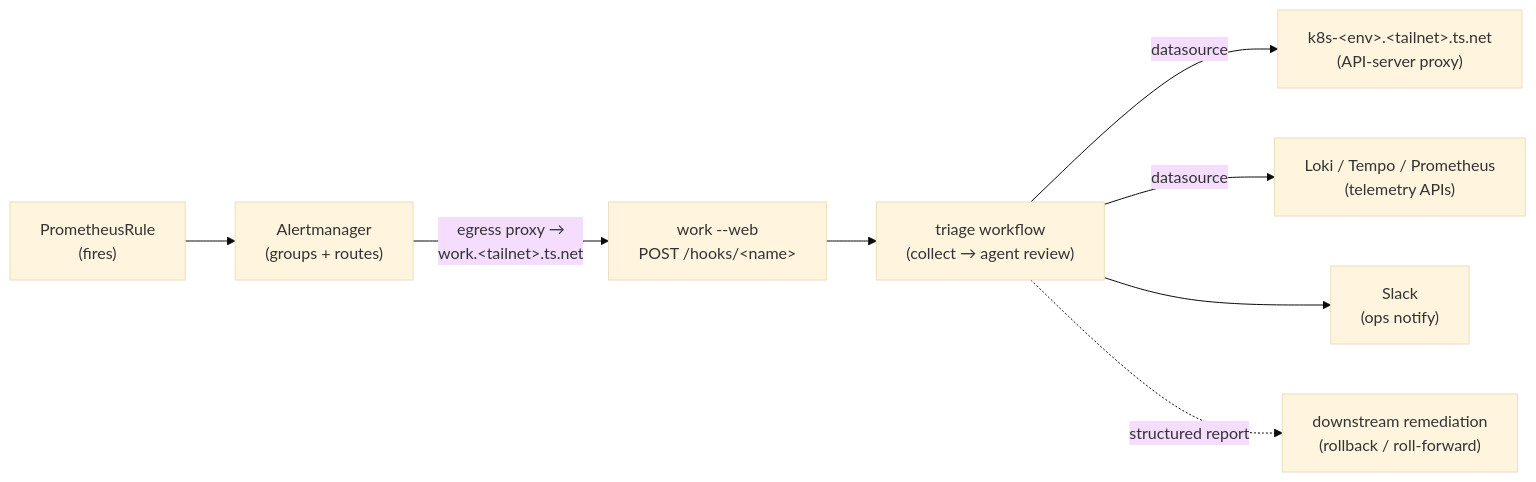
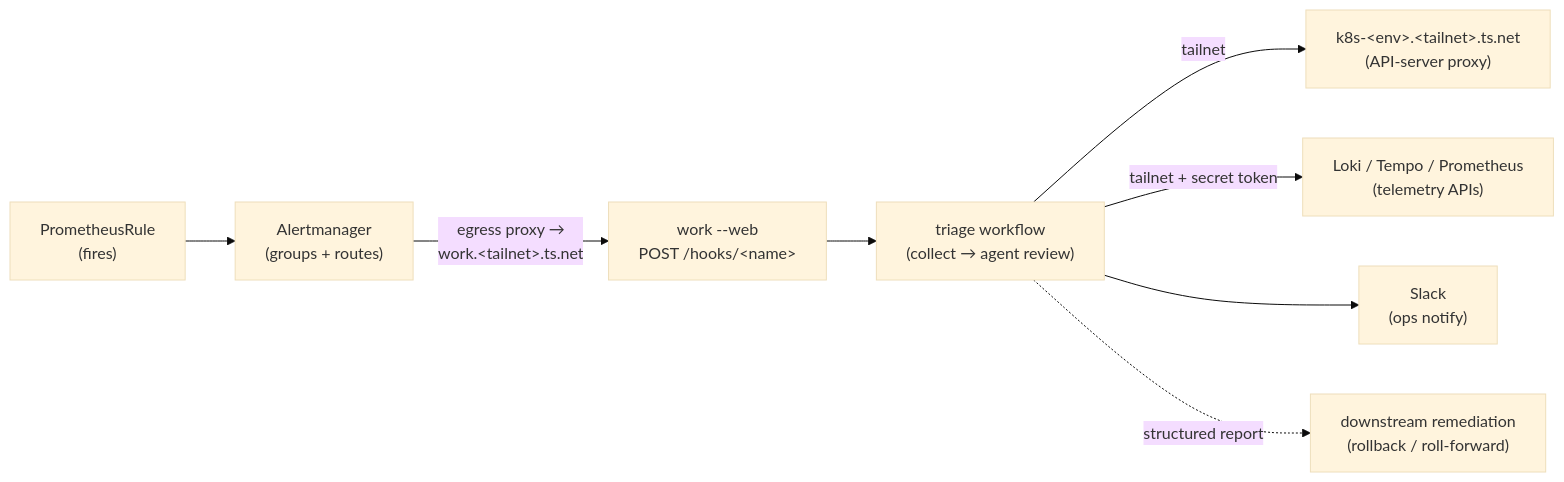
The diagram in docs/tailnet-incident-response-research.md (nullbytelabs/work), drawn with Mermaid (base theme) before and after one commit. The commit also changed other lines of this file and 52 other files, not shown here.

````diff
--- a/docs/tailnet-incident-response-research.md
+++ b/docs/tailnet-incident-response-research.md
@@ -16,10 +16,10 @@
 ```mermaid
 graph LR
   PR["PrometheusRule<br/>(fires)"] --> AM["Alertmanager<br/>(groups + routes)"]
   AM -->|"egress proxy →<br/>work.&lt;tailnet&gt;.ts.net"| WH["work --web<br/>POST /hooks/&lt;name&gt;"]
   WH --> TR["triage workflow<br/>(collect → agent review)"]
-  TR -->|datasource| K8S["k8s-&lt;env&gt;.&lt;tailnet&gt;.ts.net<br/>(API-server proxy)"]
-  TR -->|datasource| LGTM["Loki / Tempo / Prometheus<br/>(telemetry APIs)"]
+  TR -->|tailnet| K8S["k8s-&lt;env&gt;.&lt;tailnet&gt;.ts.net<br/>(API-server proxy)"]
+  TR -->|tailnet + secret token| LGTM["Loki / Tempo / Prometheus<br/>(telemetry APIs)"]
   TR --> SL["Slack<br/>(ops notify)"]
   TR -.->|"structured report"| RA["downstream remediation<br/>(rollback / roll-forward)"]
 ```
````
